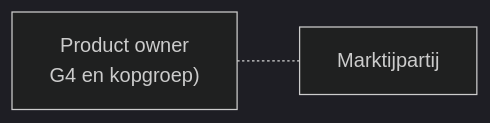
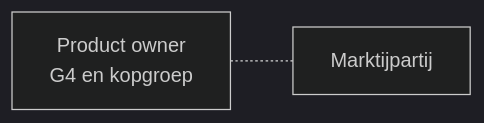
One commit to open-zaak/samenwerken changed the first of 3 diagrams in docs/inkoop-richtlijnen-OpenZaak.md. Above: the diagram before and after it, drawn with Mermaid (dark theme). The commit also changed other lines of this file, not shown here.

Commit message:
small tweak

````diff
--- a/docs/inkoop-richtlijnen-OpenZaak.md
+++ b/docs/inkoop-richtlijnen-OpenZaak.md
@@ -25,9 +25,9 @@
 ```mermaid
 graph LR
     %% Nodes
     Dev1["Marktijpartij"]
-    PO["Product owner<br/>G4 en kopgroep)"]
+    PO["Product owner<br/>G4 en kopgroep"]
 
     %% Connections
     PO -.- Dev1 
 ```
````
